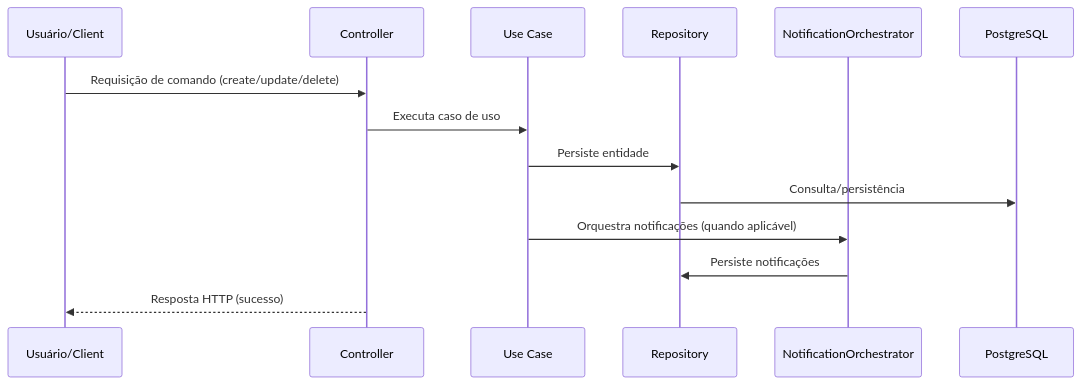
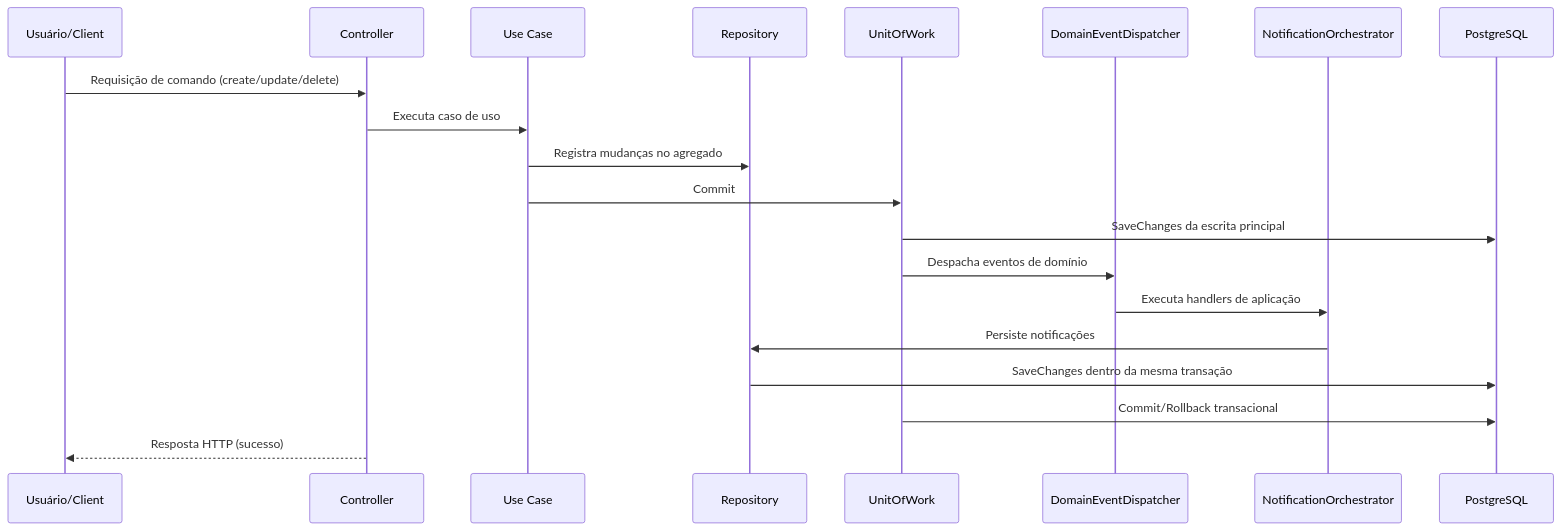
The third of 11 diagrams in README.md (getbud-co/bud2), drawn with Mermaid before and after one commit. The commit also changed other lines of this file and 3 other files, not shown here.

````diff
--- a/README.md
+++ b/README.md
@@ -307,17 +306,23 @@
 ```mermaid
 sequenceDiagram
     participant U as Usuário/Client
     participant C as Controller
     participant UC as Use Case
     participant R as Repository
+    participant UOW as UnitOfWork
+    participant DE as DomainEventDispatcher
     participant NO as NotificationOrchestrator
     participant DB as PostgreSQL
 
     U->>C: Requisição de comando (create/update/delete)
     C->>UC: Executa caso de uso
-    UC->>R: Persiste entidade
-    R->>DB: Consulta/persistência
-    UC->>NO: Orquestra notificações (quando aplicável)
+    UC->>R: Registra mudanças no agregado
+    UC->>UOW: Commit
+    UOW->>DB: SaveChanges da escrita principal
+    UOW->>DE: Despacha eventos de domínio
+    DE->>NO: Executa handlers de aplicação
     NO->>R: Persiste notificações
+    R->>DB: SaveChanges dentro da mesma transação
+    UOW->>DB: Commit/Rollback transacional
     C-->>U: Resposta HTTP (sucesso)
 ```
````
